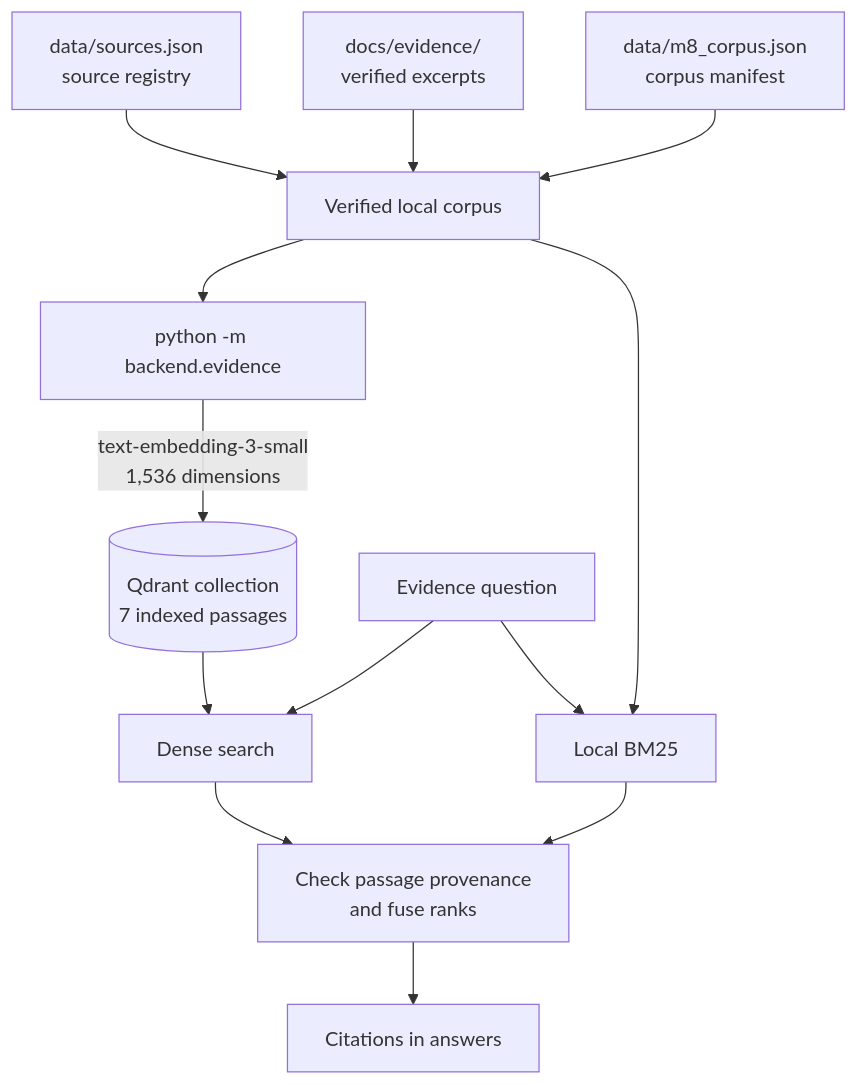
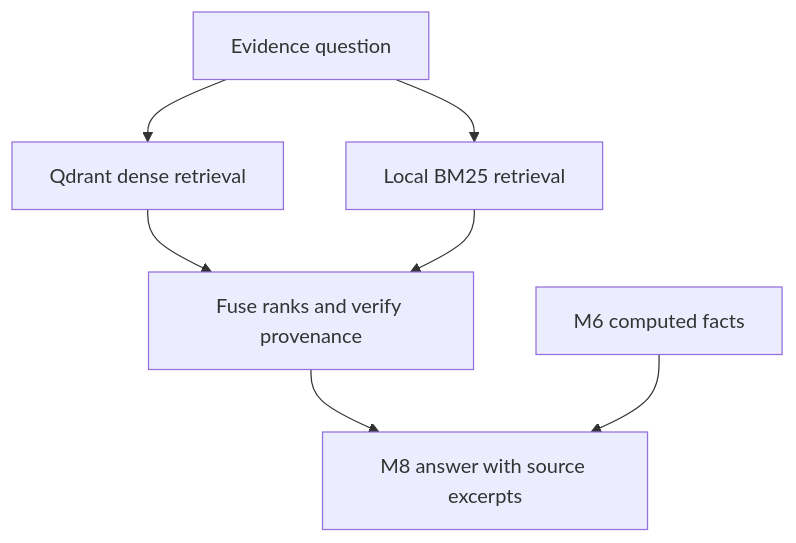
The third of 4 diagrams in README.md (omarfh111/MIZUHO), drawn with Mermaid before and after one commit. The commit also changed other lines of this file, not shown here.

Commit message:
Document the connected MIZUHO platform and its reproducible planning workflows

````diff
--- a/README.md
+++ b/README.md
@@ -184,17 +181,11 @@
 ```mermaid
 flowchart TD
-  accTitle: Evidence ingestion and hybrid retrieval
-  accDescr: Verified excerpts and source metadata supply the Qdrant dense index and local BM25. Search fuses both rankings and checks provenance before citing passages.
-  reg["data/sources.json<br/>source registry"] --> corpus["Verified local corpus"]
-  ex["docs/evidence/<br/>verified excerpts"] --> corpus
-  man["data/m8_corpus.json<br/>corpus manifest"] --> corpus
-  corpus --> ingest["python -m backend.evidence"]
-  ingest -->|"text-embedding-3-small<br/>1,536 dimensions"| qd[("Qdrant collection<br/>7 indexed passages")]
-  qd --> dense["Dense search"]
-  corpus --> bm25["Local BM25"]
-  query["Evidence question"] --> dense
-  query --> bm25
-  dense --> fuse["Check passage provenance<br/>and fuse ranks"]
-  bm25 --> fuse
-  fuse --> cite["Citations in answers"]
+    accTitle: Evidence retrieval and attribution
+    accDescr: A query retrieves dense and lexical candidates that are checked and fused. Planning quantities come from a separate application tool.
+    Q["Evidence question"] --> D["Qdrant dense retrieval"]
+    Q --> L["Local BM25 retrieval"]
+    D --> F["Fuse ranks and verify provenance"]
+    L --> F
+    F --> A["M8 answer with source excerpts"]
+    M["M6 computed facts"] --> A
 ```
````
